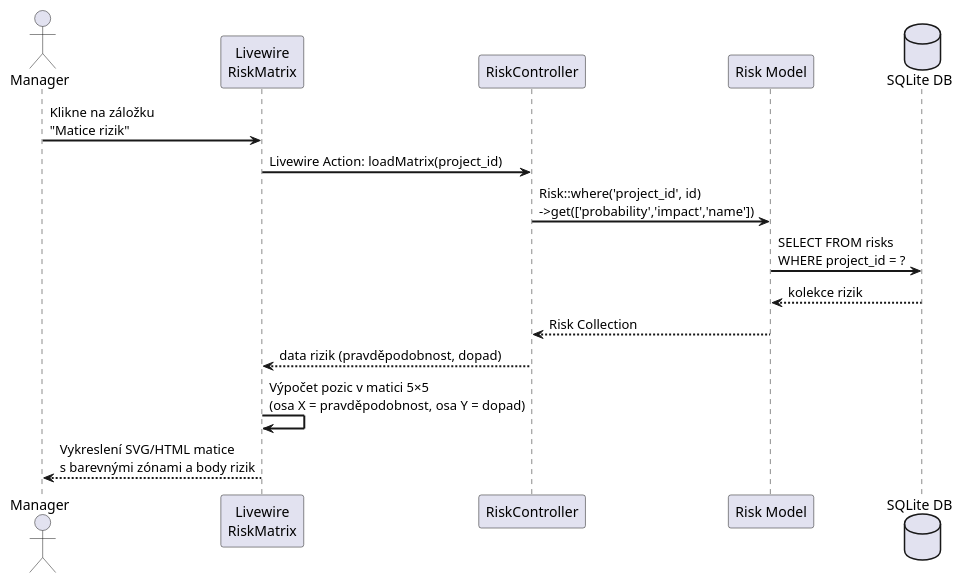
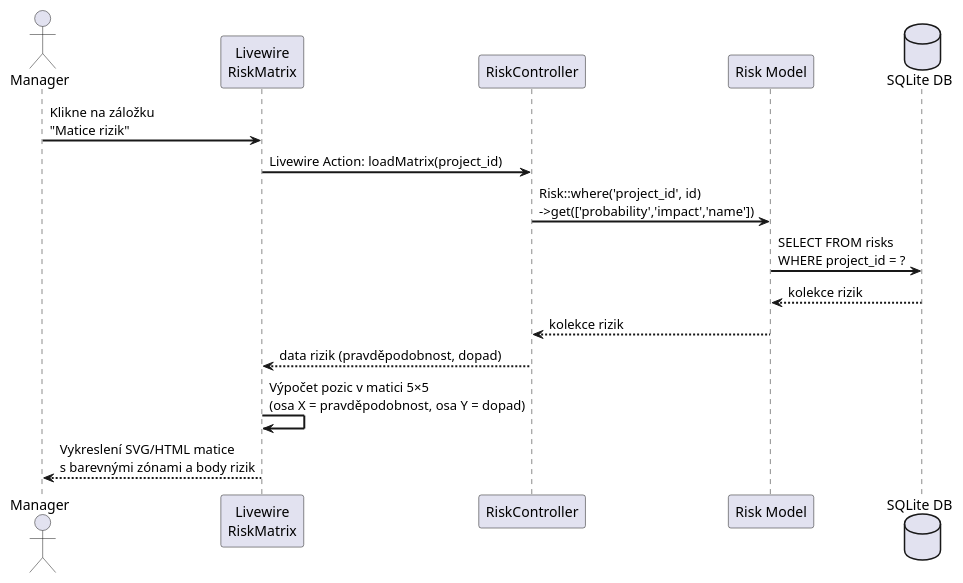
Before and after one commit to judista25/MPR: the diagram in xhlase01/diagrams/SD-05-MaticeRizik.puml, drawn with PlantUML. The commit also changed 5 other files, not shown here.

Commit message:
Update diagrams and documentation for user management features

```diff
--- a/xhlase01/diagrams/SD-05-MaticeRizik.puml
+++ b/xhlase01/diagrams/SD-05-MaticeRizik.puml
@@ -1,21 +1,21 @@
 @startuml SD-05-MaticeRizik
 skinparam sequenceArrowThickness 2
 skinparam roundcorner 5
 
 actor "Manager" as User
 participant "Livewire\nRiskMatrix" as LW
 participant "RiskController" as RC
 participant "Risk Model" as RM
 database "SQLite DB" as DB
 
 User -> LW : Klikne na záložku\n"Matice rizik"
 LW -> RC : Livewire Action: loadMatrix(project_id)
 RC -> RM : Risk::where('project_id', id)\n->get(['probability','impact','name'])
 RM -> DB : SELECT FROM risks\nWHERE project_id = ?
 DB --> RM : kolekce rizik
-RM --> RC : Risk Collection
+RM --> RC : kolekce rizik
 RC --> LW : data rizik (pravděpodobnost, dopad)
 LW -> LW : Výpočet pozic v matici 5×5\n(osa X = pravděpodobnost, osa Y = dopad)
 LW --> User : Vykreslení SVG/HTML matice\ns barevnými zónami a body rizik
 
 @enduml
```
